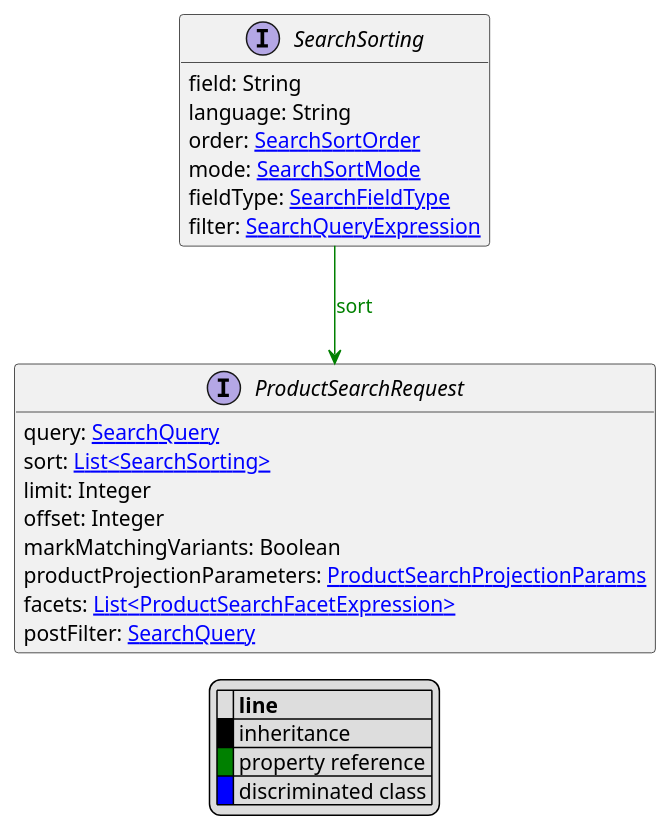
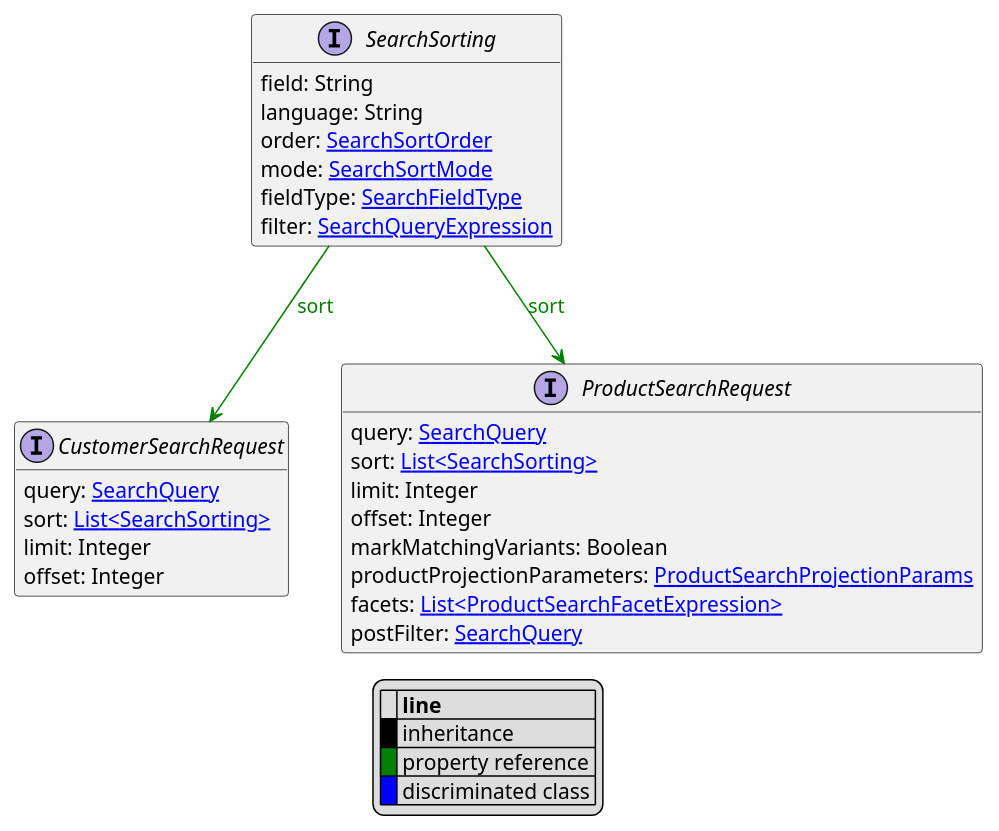
One commit to commercetools/commercetools-api-reference changed the diagram in uml/api/SearchSorting.puml. Above: the diagram before and after it, drawn with PlantUML. The commit also changed 1512 other files, not shown here.

```diff
--- a/uml/api/SearchSorting.puml
+++ b/uml/api/SearchSorting.puml
@@ -1,34 +1,41 @@
 @startuml
 
 hide empty fields
 hide empty methods
 legend
 |= |= line |
 |<back:black>   </back>| inheritance |
 |<back:green>   </back>| property reference |
 |<back:blue>   </back>| discriminated class |
 endlegend
 interface SearchSorting [[SearchSorting.svg]]  {
     field: String
     language: String
     order: [[SearchSortOrder.svg SearchSortOrder]]
     mode: [[SearchSortMode.svg SearchSortMode]]
     fieldType: [[SearchFieldType.svg SearchFieldType]]
     filter: [[SearchQueryExpression.svg SearchQueryExpression]]
 }
 
 
 
+interface CustomerSearchRequest [[CustomerSearchRequest.svg]]  {
+    query: [[SearchQuery.svg SearchQuery]]
+    sort: [[SearchSorting.svg List<SearchSorting>]]
+    limit: Integer
+    offset: Integer
+}
 interface ProductSearchRequest [[ProductSearchRequest.svg]]  {
     query: [[SearchQuery.svg SearchQuery]]
     sort: [[SearchSorting.svg List<SearchSorting>]]
     limit: Integer
     offset: Integer
     markMatchingVariants: Boolean
     productProjectionParameters: [[ProductSearchProjectionParams.svg ProductSearchProjectionParams]]
     facets: [[ProductSearchFacetExpression.svg List<ProductSearchFacetExpression>]]
     postFilter: [[SearchQuery.svg SearchQuery]]
 }
 
+SearchSorting --> CustomerSearchRequest #green;text:green : "sort"
 SearchSorting --> ProductSearchRequest #green;text:green : "sort"
 @enduml
```
